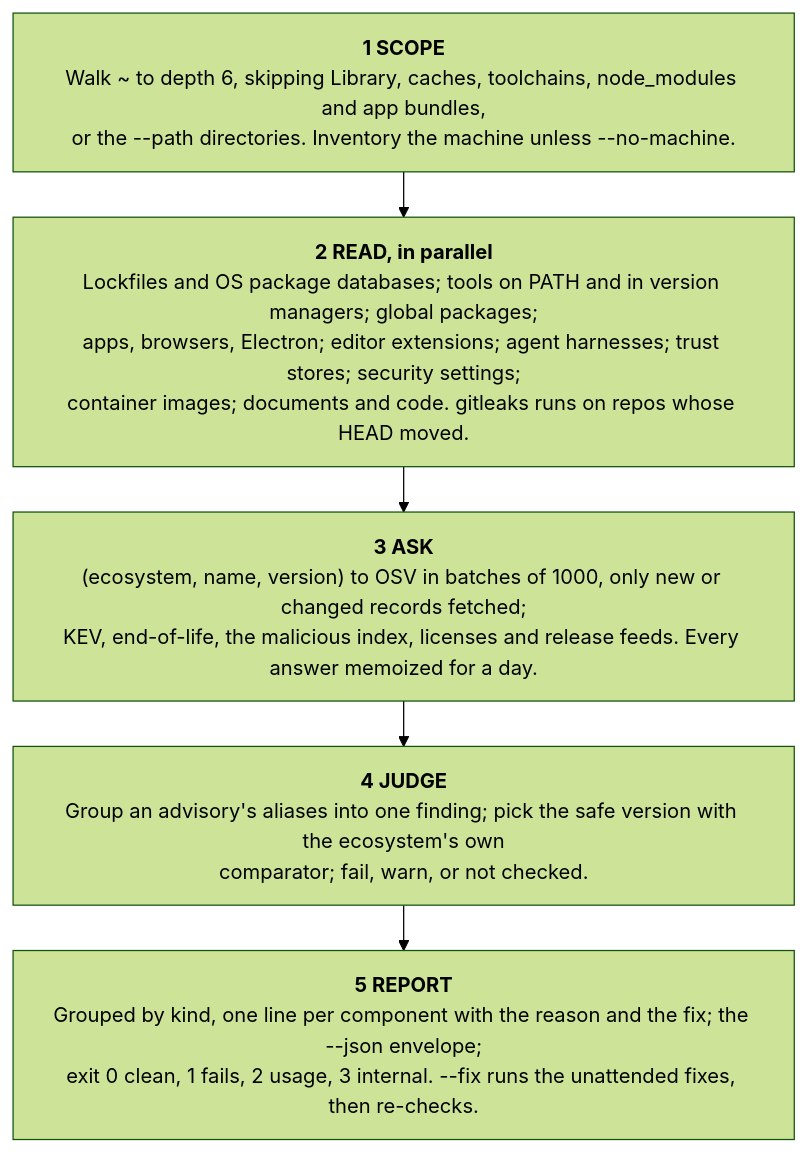
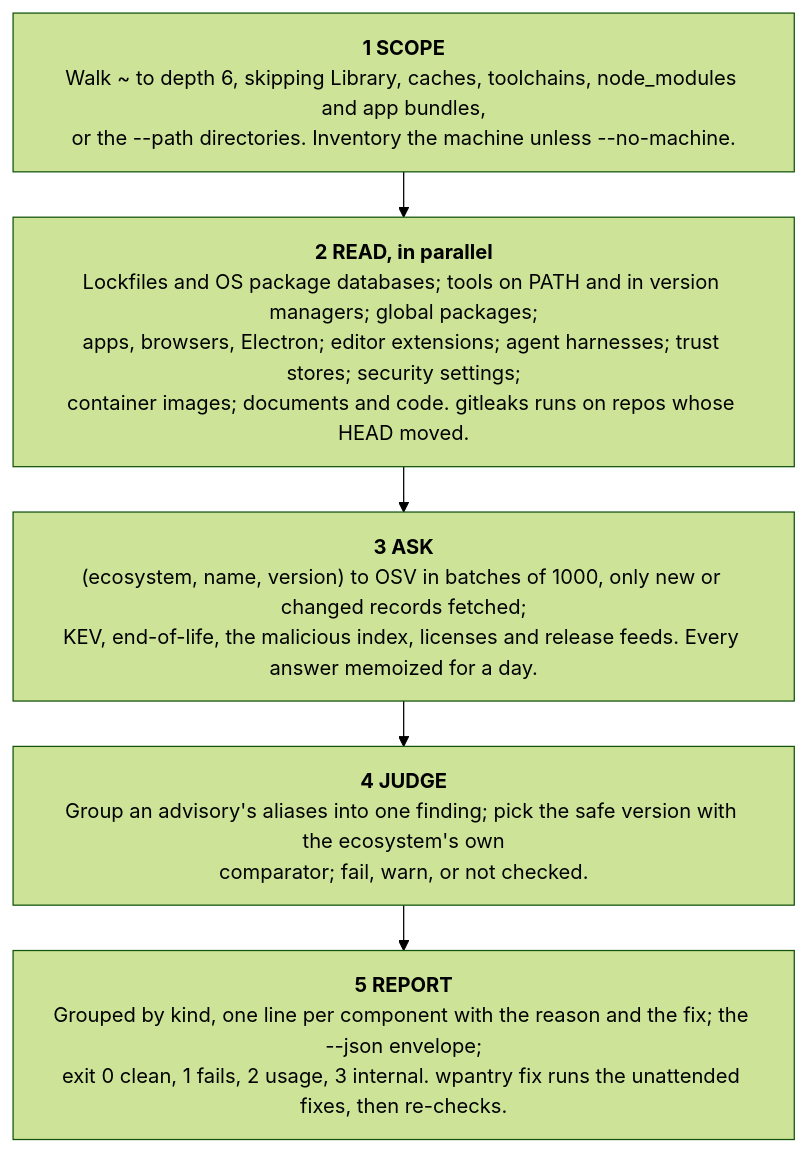
The diagram in docs/architecture.md (waffuruai/pantry), drawn with Mermaid (forest theme) before and after one commit. The commit also changed 15 other files, not shown here.

````diff
--- a/docs/architecture.md
+++ b/docs/architecture.md
@@ -11,10 +11,10 @@
 ```mermaid
 %%{init: {"flowchart": {"wrappingWidth": 560, "nodeSpacing": 40, "rankSpacing": 36}}}%%
 flowchart TB
   scope["<b>1 SCOPE</b><br/>Walk ~ to depth 6, skipping Library, caches, toolchains, node_modules and app bundles,<br/>or the --path directories. Inventory the machine unless --no-machine."]
   read["<b>2 READ, in parallel</b><br/>Lockfiles and OS package databases; tools on PATH and in version managers; global packages;<br/>apps, browsers, Electron; editor extensions; agent harnesses; trust stores; security settings;<br/>container images; documents and code. gitleaks runs on repos whose HEAD moved."]
   ask["<b>3 ASK</b><br/>(ecosystem, name, version) to OSV in batches of 1000, only new or changed records fetched;<br/>KEV, end-of-life, the malicious index, licenses and release feeds. Every answer memoized for a day."]
   judge["<b>4 JUDGE</b><br/>Group an advisory's aliases into one finding; pick the safe version with the ecosystem's own<br/>comparator; fail, warn, or not checked."]
-  report["<b>5 REPORT</b><br/>Grouped by kind, one line per component with the reason and the fix; the --json envelope;<br/>exit 0 clean, 1 fails, 2 usage, 3 internal. --fix runs the unattended fixes, then re-checks."]
+  report["<b>5 REPORT</b><br/>Grouped by kind, one line per component with the reason and the fix; the --json envelope;<br/>exit 0 clean, 1 fails, 2 usage, 3 internal. wpantry fix runs the unattended fixes, then re-checks."]
   scope --> read --> ask --> judge --> report
 ```
````
